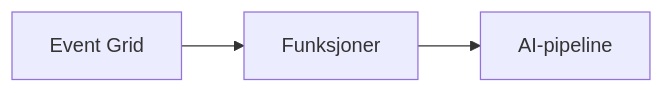
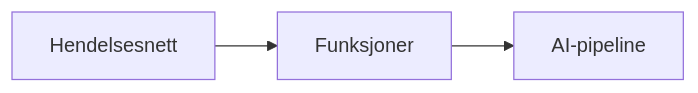
The second of 2 diagrams in translations/no/docs/chapter-08-production/README.md (microsoft/AZD-for-beginners), drawn with Mermaid before and after one commit. The commit also changed other lines of this file and 104 other files, not shown here.

````diff
--- a/translations/no/docs/chapter-08-production/README.md
+++ b/translations/no/docs/chapter-08-production/README.md
@@ -56,4 +57,4 @@
 ```mermaid
 graph LR
-    EventGrid[Event Grid] --> Functions[Funksjoner] --> Pipeline[AI-pipeline]
+    EventGrid[Hendelsesnett] --> Functions[Funksjoner] --> Pipeline[AI-pipeline]
 ```
````
